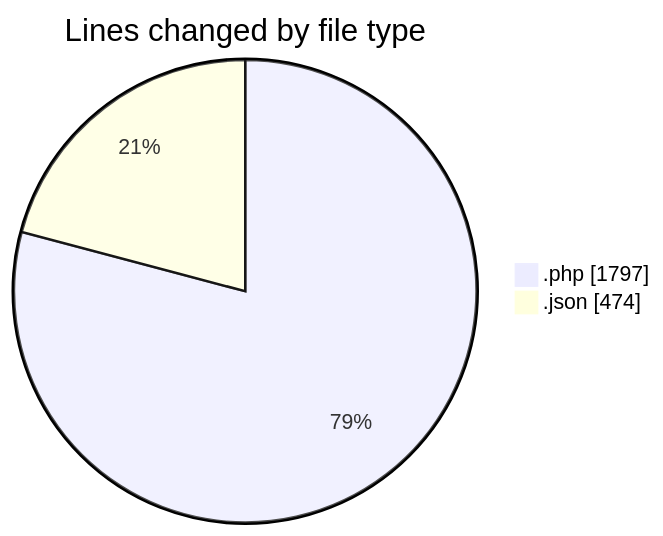
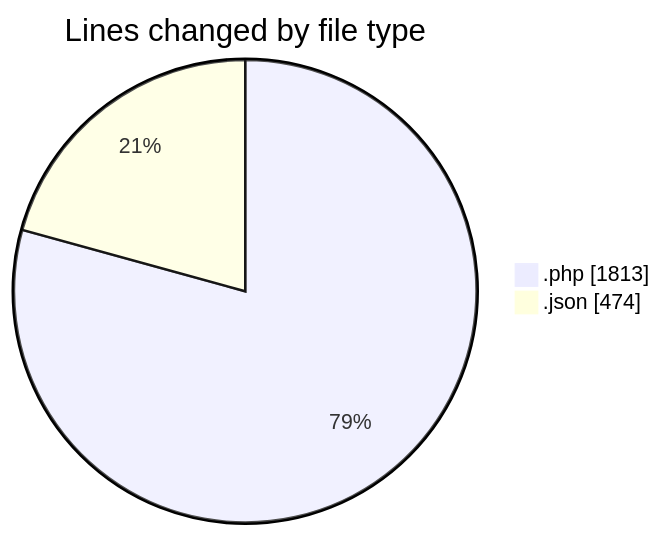
The first of 2 diagrams in 2025-06-22/studio-backend/README.md (idhammustaqopulfikri/code-tracking), drawn with Mermaid before and after one commit. The commit also changed other lines of this file and 1 other file, not shown here.

````diff
--- a/2025-06-22/studio-backend/README.md
+++ b/2025-06-22/studio-backend/README.md
@@ -28,6 +28,6 @@
 ```mermaid
 pie showData
 title Lines changed by file type
-".php" : 1797
+".php" : 1813
 ".json" : 474
 ```
````
